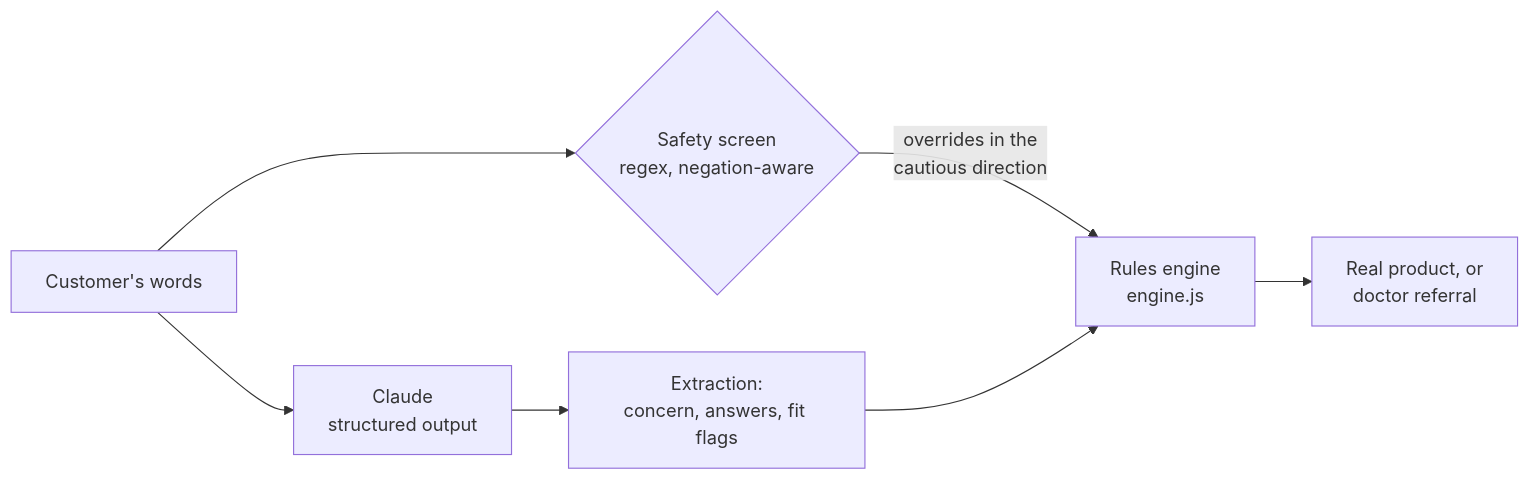
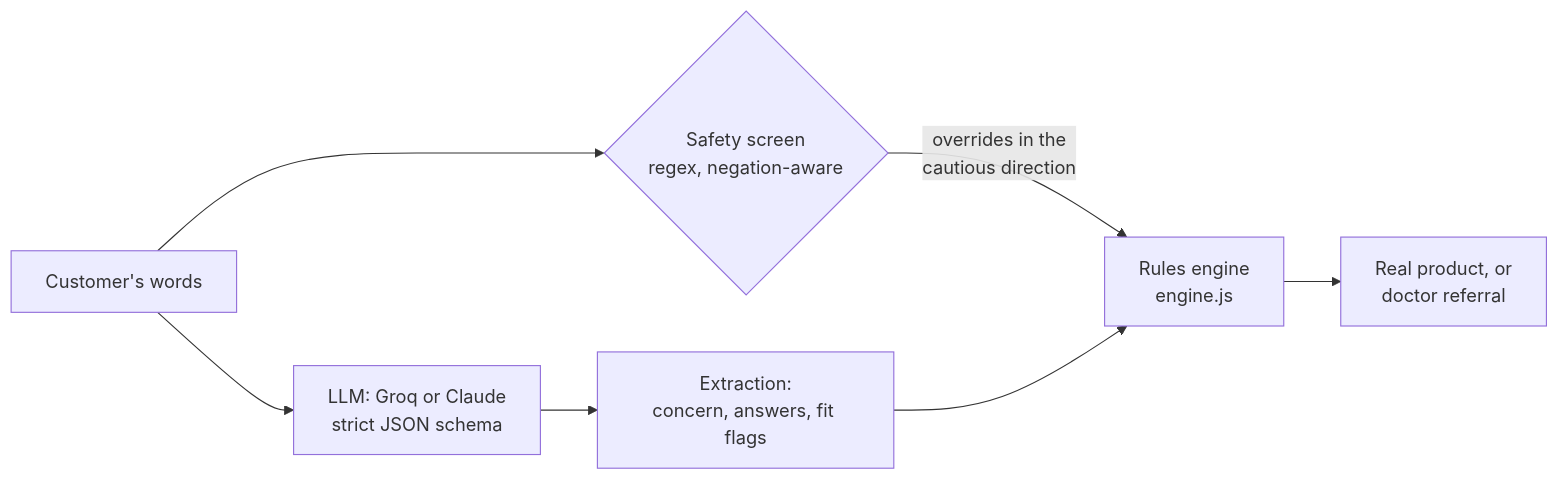
Before and after one commit to Shrutiiicodes/be-bodywise: the diagram in README.md, drawn with Mermaid. The commit also changed other lines of this file and 12 other files, not shown here.

First line of the commit message:
Add Groq as a model provider alongside Claude

````diff
--- a/README.md
+++ b/README.md
@@ -35,9 +35,9 @@
 ```mermaid
 flowchart LR
   T[Customer's words] --> S{Safety screen<br/>regex, negation-aware}
-  T --> M[Claude<br/>structured output]
+  T --> M[LLM: Groq or Claude<br/>strict JSON schema]
   M --> X[Extraction:<br/>concern, answers, fit flags]
   S -->|overrides in the<br/>cautious direction| D
   X --> D[Rules engine<br/>engine.js]
   D --> P[Real product, or<br/>doctor referral]
 ```
````
